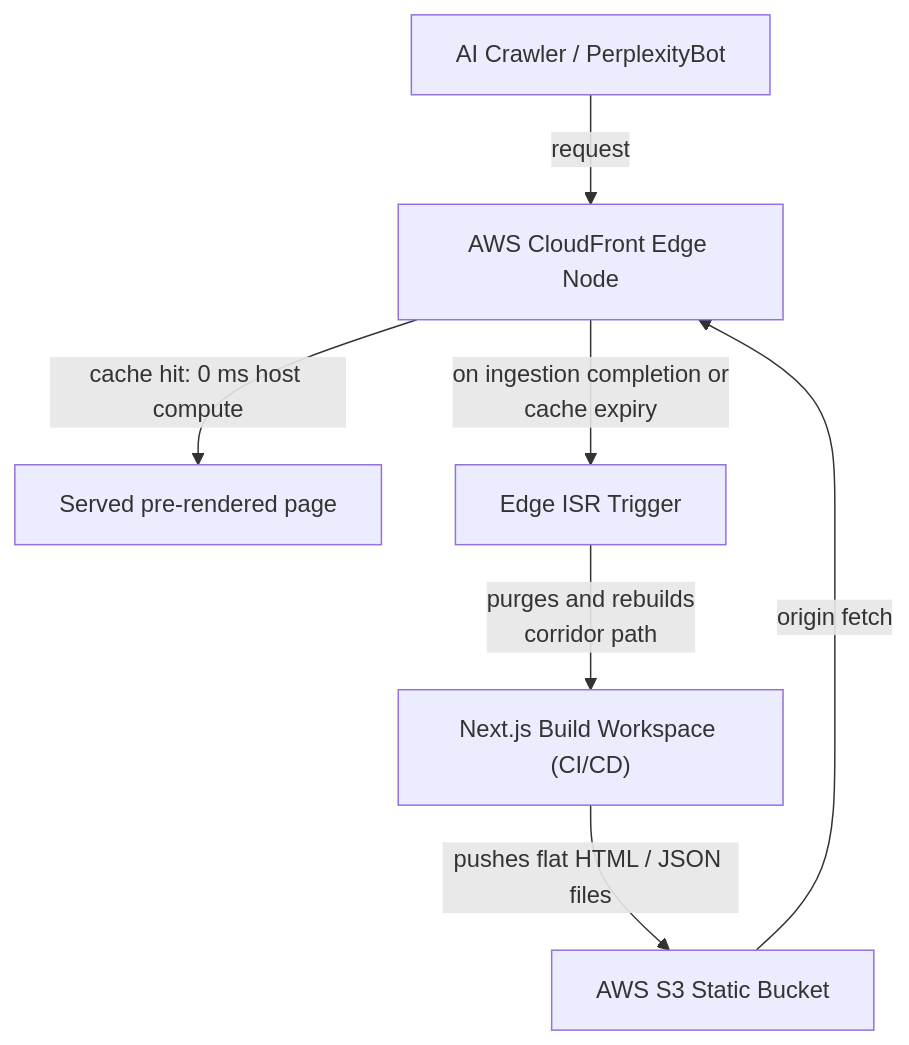
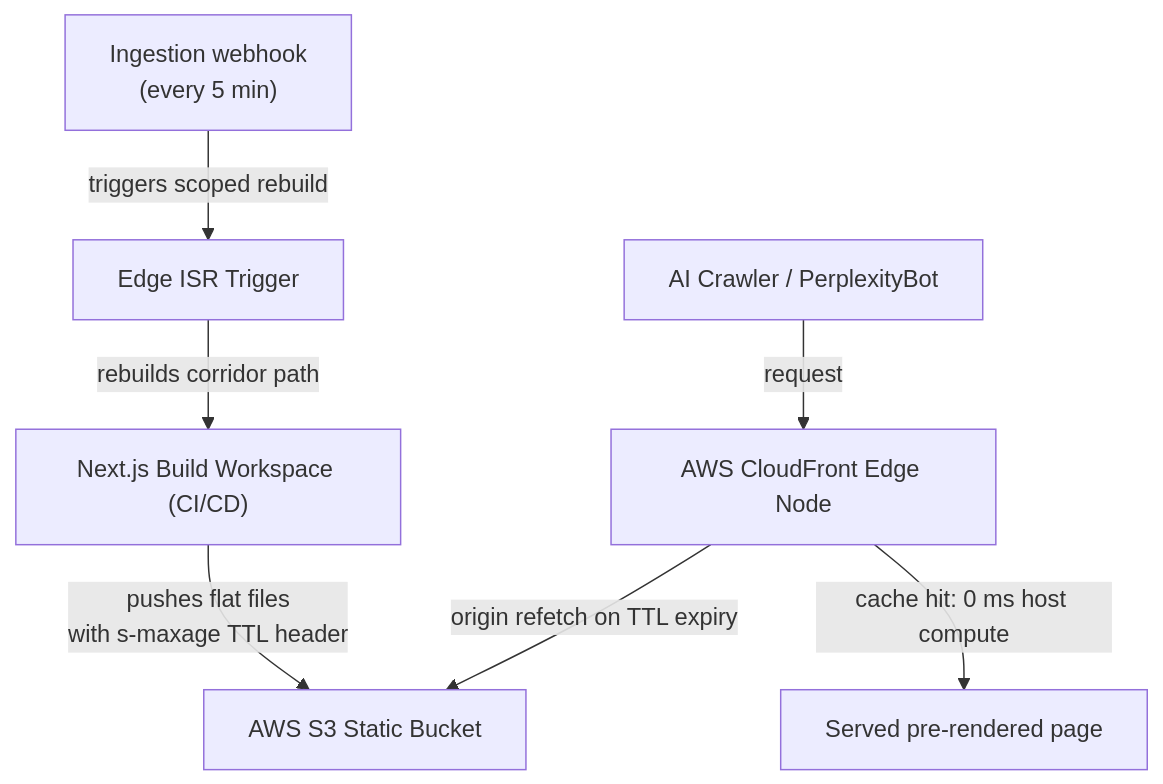
The second of 7 diagrams in docs/sadd.md (SegunAdewola/remit-track), drawn with Mermaid before and after one commit. The commit also changed other lines of this file and 3 other files, not shown here.

````diff
--- a/docs/sadd.md
+++ b/docs/sadd.md
@@ -71,9 +71,9 @@
 ```mermaid
 flowchart TD
     Bot["AI Crawler / PerplexityBot"] -->|request| CF["AWS CloudFront Edge Node"]
     CF -->|cache hit: 0 ms host compute| Hit["Served pre-rendered page"]
-    CF -->|on ingestion completion or<br/>cache expiry| ISR["Edge ISR Trigger"]
-    ISR -->|purges and rebuilds<br/>corridor path| Build["Next.js Build Workspace (CI/CD)"]
-    Build -->|pushes flat HTML / JSON files| S3["AWS S3 Static Bucket"]
-    S3 -->|origin fetch| CF
+    Ingest["Ingestion webhook<br/>(every 5 min)"] -->|triggers scoped rebuild| ISR["Edge ISR Trigger"]
+    ISR -->|rebuilds corridor path| Build["Next.js Build Workspace (CI/CD)"]
+    Build -->|pushes flat files<br/>with s-maxage TTL header| S3["AWS S3 Static Bucket"]
+    CF -->|origin refetch on TTL expiry| S3
 ```
````
